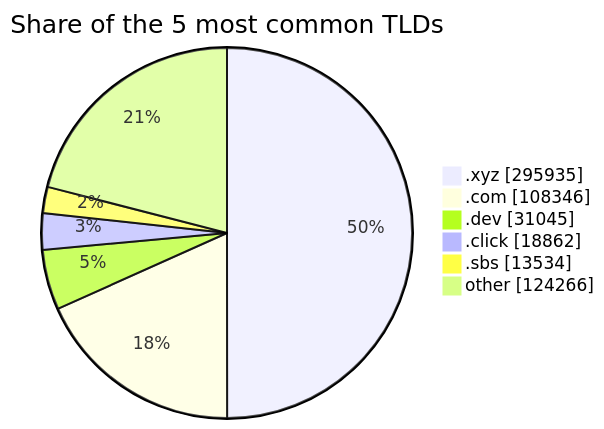
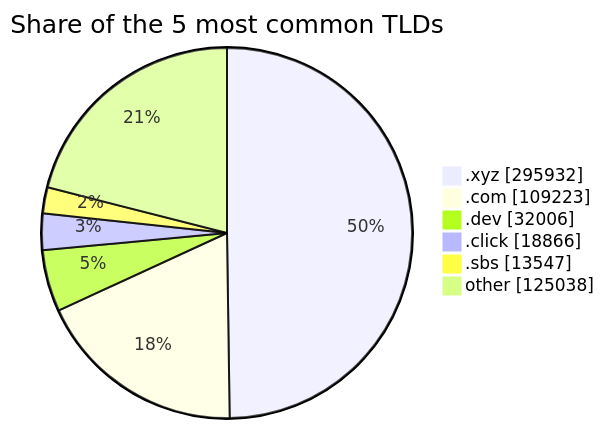
Before and after one commit to DNSBunker/CTI: the third of 3 diagrams in README.md, drawn with Mermaid. The commit also changed other lines of this file and 3 other files, not shown here.

````diff
--- a/README.md
+++ b/README.md
@@ -81,9 +81,9 @@
 ```mermaid
 pie showData title Share of the 5 most common TLDs
-    ".xyz" : 295935
-    ".com" : 108346
-    ".dev" : 31045
-    ".click" : 18862
-    ".sbs" : 13534
-    "other" : 124266
+    ".xyz" : 295932
+    ".com" : 109223
+    ".dev" : 32006
+    ".click" : 18866
+    ".sbs" : 13547
+    "other" : 125038
 ```
````
